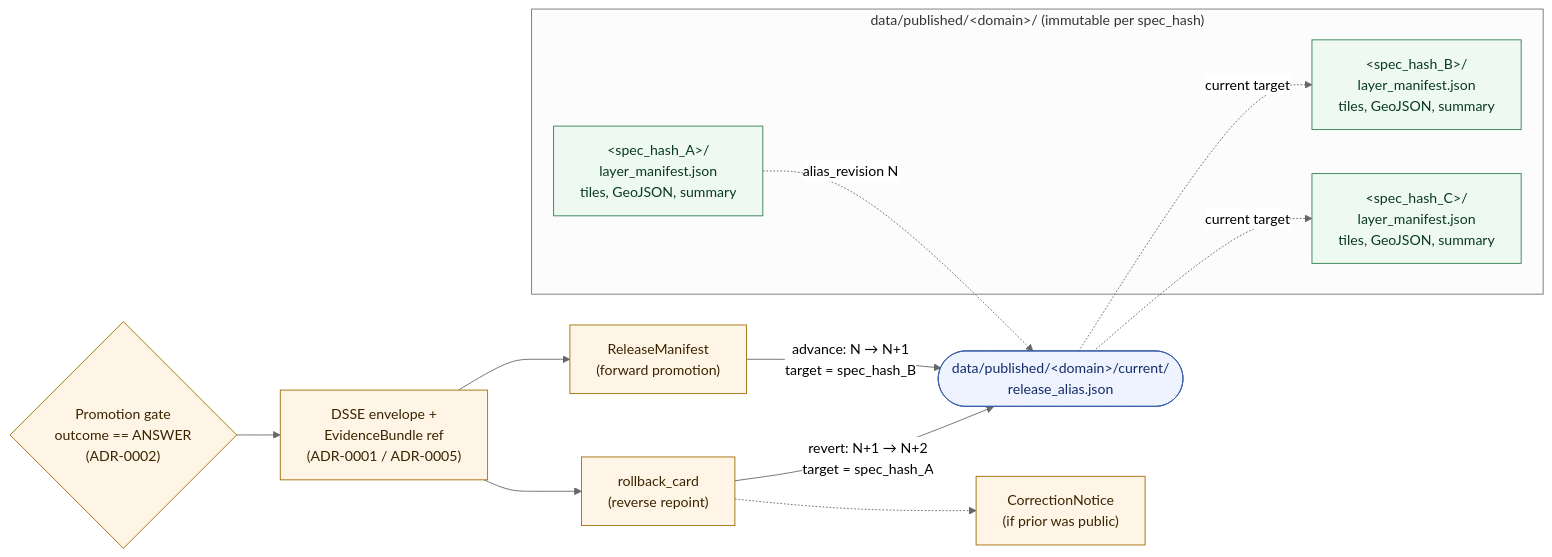
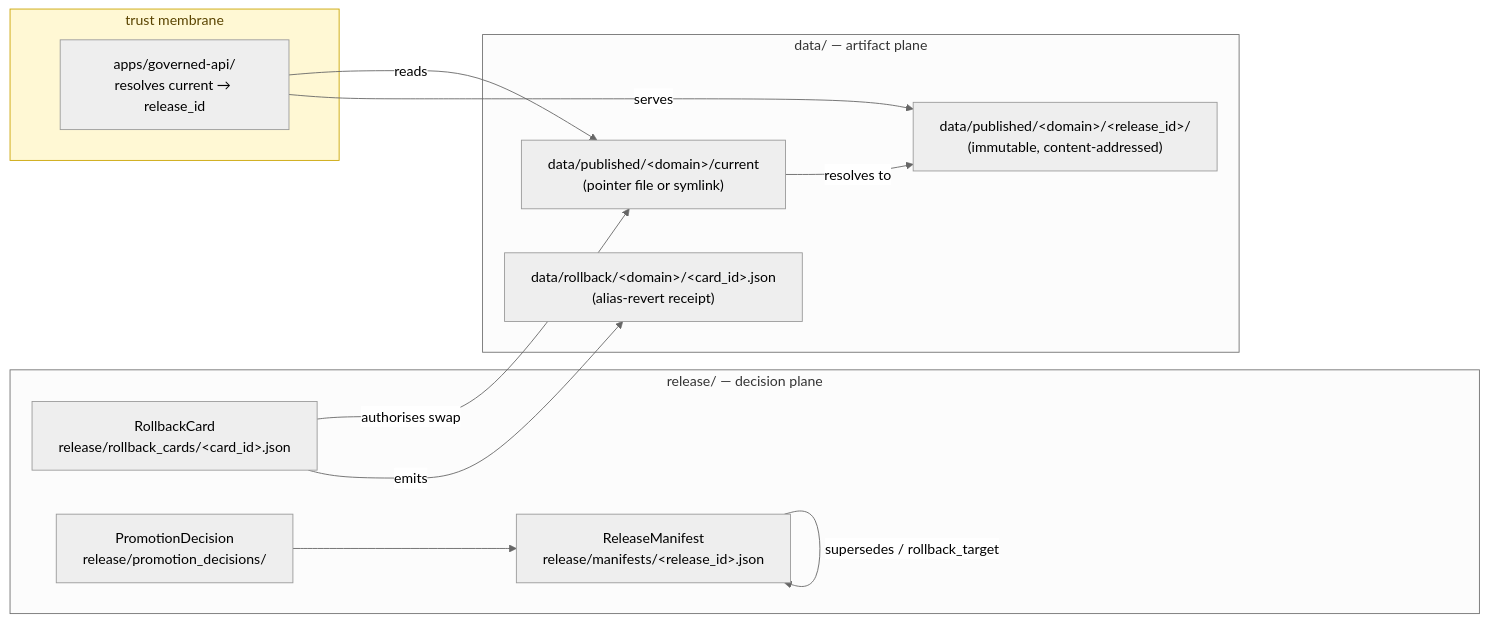
Before and after one commit to bartytime4life/Kansas-Frontier-Matrix: the first of 2 diagrams in docs/adr/ADR-0015-data-published-_domain_-current-alias-is-governed-by-rollback_card.md, drawn with Mermaid (neutral theme). The commit also changed other lines of this file, not shown here.

````diff
--- a/docs/adr/ADR-0015-data-published-_domain_-current-alias-is-governed-by-rollback_card.md
+++ b/docs/adr/ADR-0015-data-published-_domain_-current-alias-is-governed-by-rollback_card.md
@@ -139,33 +122,29 @@
 ```mermaid
 flowchart LR
-    subgraph IMMUT["data/published/&lt;domain&gt;/ (immutable per spec_hash)"]
-        H1["&lt;spec_hash_A&gt;/<br/>layer_manifest.json<br/>tiles, GeoJSON, summary"]
-        H2["&lt;spec_hash_B&gt;/<br/>layer_manifest.json<br/>tiles, GeoJSON, summary"]
-        H3["&lt;spec_hash_C&gt;/<br/>layer_manifest.json<br/>tiles, GeoJSON, summary"]
+    subgraph RP["release/ — decision plane"]
+        RC["RollbackCard<br/>release/rollback_cards/&lt;card_id&gt;.json"]
+        RM["ReleaseManifest<br/>release/manifests/&lt;release_id&gt;.json"]
+        PD["PromotionDecision<br/>release/promotion_decisions/"]
     end
 
-    ALIAS(["data/published/&lt;domain&gt;/current/<br/>release_alias.json"])
+    subgraph DP["data/ — artifact plane"]
+        REL["data/published/&lt;domain&gt;/&lt;release_id&gt;/<br/>(immutable, content-addressed)"]
+        CUR["data/published/&lt;domain&gt;/current<br/>(pointer file or symlink)"]
+        REV["data/rollback/&lt;domain&gt;/&lt;card_id&gt;.json<br/>(alias-revert receipt)"]
+    end
 
-    RM["ReleaseManifest<br/>(forward promotion)"]
-    RC["rollback_card<br/>(reverse repoint)"]
-    GATE{"Promotion gate<br/>outcome == ANSWER<br/>(ADR-0002)"}
-    DSSE["DSSE envelope +<br/>EvidenceBundle ref<br/>(ADR-0001 / ADR-0005)"]
-    CN["CorrectionNotice<br/>(if prior was public)"]
+    subgraph TM["trust membrane"]
+        API["apps/governed-api/<br/>resolves current → release_id"]
+    end
 
-    H1 -. "alias_revision N" .-> ALIAS
-    GATE --> DSSE
-    DSSE --> RM
-    DSSE --> RC
-    RM -- "advance: N → N+1<br/>target = spec_hash_B" --> ALIAS
-    RC -- "revert: N+1 → N+2<br/>target = spec_hash_A" --> ALIAS
-    RC -.-> CN
-    ALIAS -. "current target" .-> H2
-    ALIAS -. "current target" .-> H3
+    PD --> RM
+    RM -- "supersedes / rollback_target" --> RM
+    RC -- "authorises swap" --> CUR
+    CUR -- "resolves to" --> REL
+    RC -- "emits" --> REV
+    API -- "reads" --> CUR
+    API -- "serves" --> REL
 
-    classDef immut fill:#eef9f1,stroke:#2f7d4f,color:#0a3a1f;
-    classDef gov fill:#fff5e6,stroke:#a06a00,color:#3a2400;
-    classDef alias fill:#eef3ff,stroke:#3a5dab,color:#142b66;
-    class H1,H2,H3 immut;
-    class GATE,DSSE,RM,RC,CN gov;
-    class ALIAS alias;
+    classDef note fill:#fff8d4,stroke:#caa400,color:#5a4400;
+    class TM note;
 ```
````
